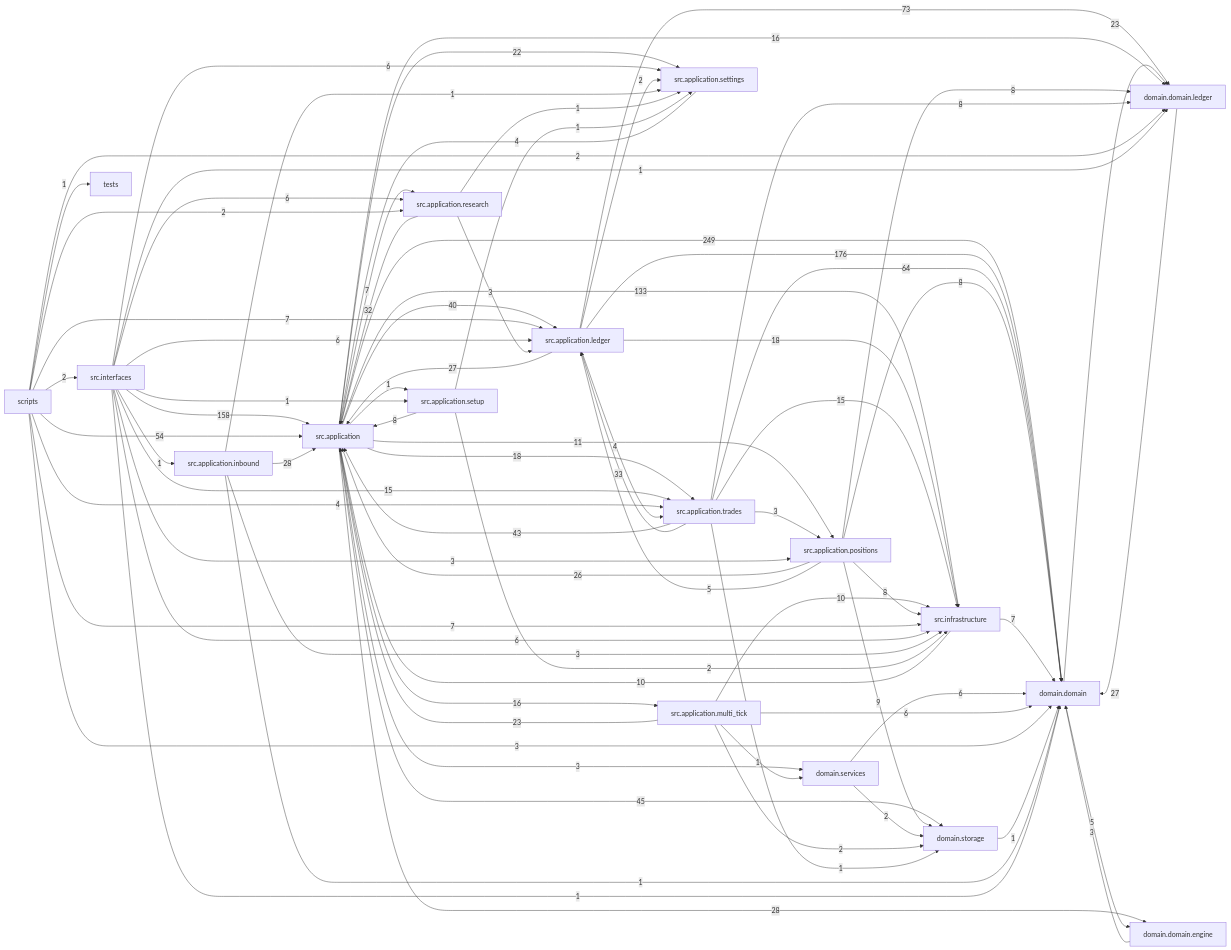
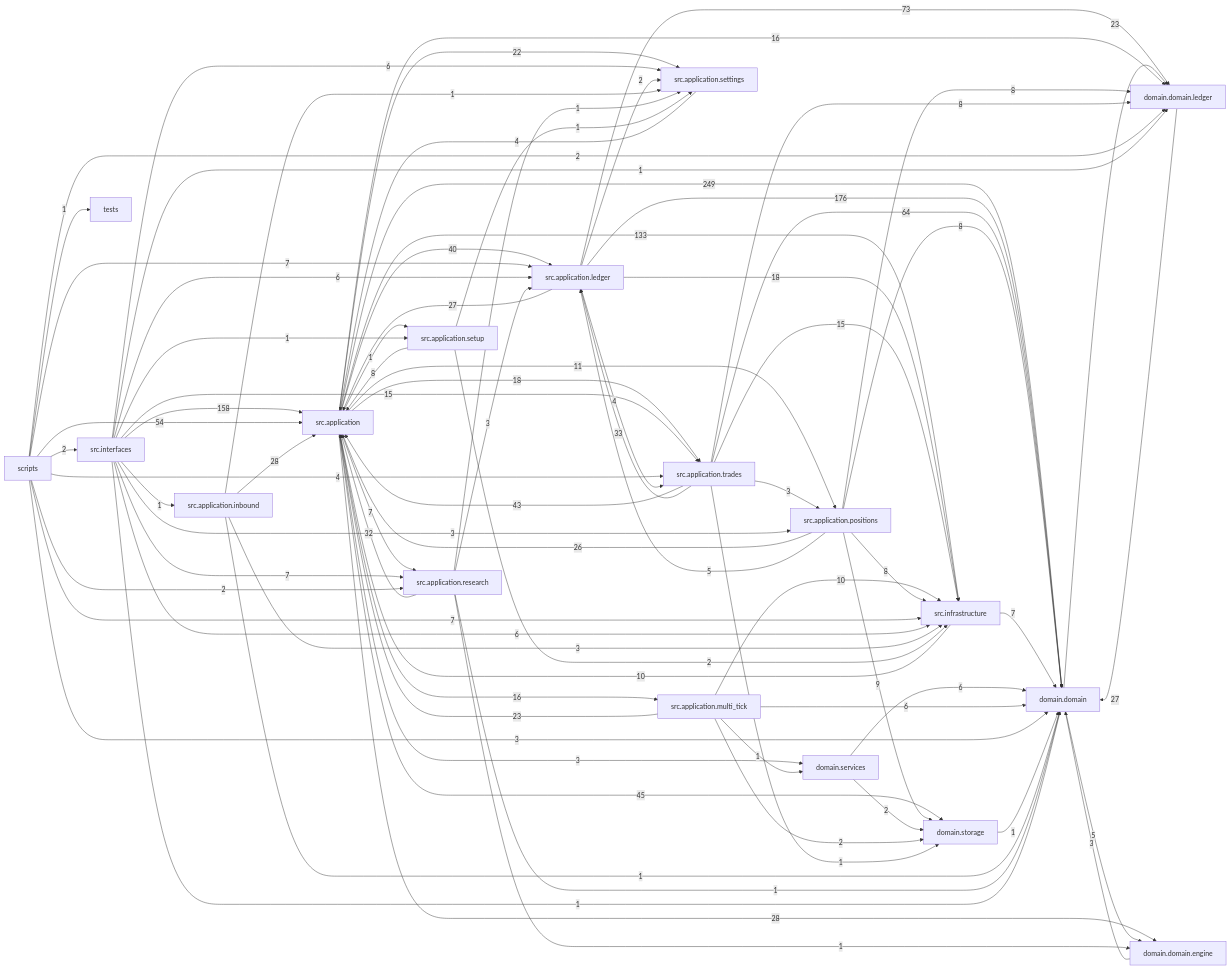
Before and after one commit to liuxie066/options-monitor: the diagram in docs/dependency_graph.mmd, drawn with Mermaid. The commit also changed 12 other files, not shown here.

```diff
--- a/docs/dependency_graph.mmd
+++ b/docs/dependency_graph.mmd
@@ -1,78 +1,80 @@
 flowchart LR
   src_application["src.application"] -->|249| domain_domain["domain.domain"]
   src_application_ledger["src.application.ledger"] -->|176| domain_domain["domain.domain"]
   src_interfaces["src.interfaces"] -->|158| src_application["src.application"]
   src_application["src.application"] -->|133| src_infrastructure["src.infrastructure"]
   src_application_ledger["src.application.ledger"] -->|73| domain_domain_ledger["domain.domain.ledger"]
   src_application_trades["src.application.trades"] -->|64| domain_domain["domain.domain"]
   scripts["scripts"] -->|54| src_application["src.application"]
   src_application["src.application"] -->|45| domain_storage["domain.storage"]
   src_application_trades["src.application.trades"] -->|43| src_application["src.application"]
   src_application["src.application"] -->|40| src_application_ledger["src.application.ledger"]
   src_application_trades["src.application.trades"] -->|33| src_application_ledger["src.application.ledger"]
   src_application_research["src.application.research"] -->|32| src_application["src.application"]
   src_application["src.application"] -->|28| domain_domain_engine["domain.domain.engine"]
   src_application_inbound["src.application.inbound"] -->|28| src_application["src.application"]
   domain_domain_ledger["domain.domain.ledger"] -->|27| domain_domain["domain.domain"]
   src_application_ledger["src.application.ledger"] -->|27| src_application["src.application"]
   src_application_positions["src.application.positions"] -->|26| src_application["src.application"]
   domain_domain["domain.domain"] -->|23| domain_domain_ledger["domain.domain.ledger"]
   src_application_multi_tick["src.application.multi_tick"] -->|23| src_application["src.application"]
   src_application["src.application"] -->|22| src_application_settings["src.application.settings"]
   src_application["src.application"] -->|18| src_application_trades["src.application.trades"]
   src_application_ledger["src.application.ledger"] -->|18| src_infrastructure["src.infrastructure"]
   src_application["src.application"] -->|16| domain_domain_ledger["domain.domain.ledger"]
   src_application["src.application"] -->|16| src_application_multi_tick["src.application.multi_tick"]
   src_application_trades["src.application.trades"] -->|15| src_infrastructure["src.infrastructure"]
   src_interfaces["src.interfaces"] -->|15| src_application_trades["src.application.trades"]
   src_application["src.application"] -->|11| src_application_positions["src.application.positions"]
   src_application_multi_tick["src.application.multi_tick"] -->|10| src_infrastructure["src.infrastructure"]
   src_infrastructure["src.infrastructure"] -->|10| src_application["src.application"]
   src_application_positions["src.application.positions"] -->|9| domain_storage["domain.storage"]
   src_application_positions["src.application.positions"] -->|8| domain_domain["domain.domain"]
   src_application_positions["src.application.positions"] -->|8| domain_domain_ledger["domain.domain.ledger"]
   src_application_positions["src.application.positions"] -->|8| src_infrastructure["src.infrastructure"]
   src_application_setup["src.application.setup"] -->|8| src_application["src.application"]
   src_application_trades["src.application.trades"] -->|8| domain_domain_ledger["domain.domain.ledger"]
   scripts["scripts"] -->|7| src_application_ledger["src.application.ledger"]
   scripts["scripts"] -->|7| src_infrastructure["src.infrastructure"]
   src_application["src.application"] -->|7| src_application_research["src.application.research"]
   src_infrastructure["src.infrastructure"] -->|7| domain_domain["domain.domain"]
+  src_interfaces["src.interfaces"] -->|7| src_application_research["src.application.research"]
   domain_services["domain.services"] -->|6| domain_domain["domain.domain"]
   src_application_multi_tick["src.application.multi_tick"] -->|6| domain_domain["domain.domain"]
   src_interfaces["src.interfaces"] -->|6| src_application_ledger["src.application.ledger"]
-  src_interfaces["src.interfaces"] -->|6| src_application_research["src.application.research"]
   src_interfaces["src.interfaces"] -->|6| src_application_settings["src.application.settings"]
   src_interfaces["src.interfaces"] -->|6| src_infrastructure["src.infrastructure"]
   domain_domain["domain.domain"] -->|5| domain_domain_engine["domain.domain.engine"]
   src_application_positions["src.application.positions"] -->|5| src_application_ledger["src.application.ledger"]
   scripts["scripts"] -->|4| src_application_trades["src.application.trades"]
   src_application_ledger["src.application.ledger"] -->|4| src_application_trades["src.application.trades"]
   src_application_settings["src.application.settings"] -->|4| src_application["src.application"]
   domain_domain_engine["domain.domain.engine"] -->|3| domain_domain["domain.domain"]
   scripts["scripts"] -->|3| domain_domain["domain.domain"]
   src_application["src.application"] -->|3| domain_services["domain.services"]
   src_application_inbound["src.application.inbound"] -->|3| src_infrastructure["src.infrastructure"]
   src_application_research["src.application.research"] -->|3| src_application_ledger["src.application.ledger"]
   src_application_trades["src.application.trades"] -->|3| src_application_positions["src.application.positions"]
   src_interfaces["src.interfaces"] -->|3| src_application_positions["src.application.positions"]
   domain_services["domain.services"] -->|2| domain_storage["domain.storage"]
   scripts["scripts"] -->|2| domain_domain_ledger["domain.domain.ledger"]
   scripts["scripts"] -->|2| src_application_research["src.application.research"]
   scripts["scripts"] -->|2| src_interfaces["src.interfaces"]
   src_application_ledger["src.application.ledger"] -->|2| src_application_settings["src.application.settings"]
   src_application_multi_tick["src.application.multi_tick"] -->|2| domain_storage["domain.storage"]
   src_application_setup["src.application.setup"] -->|2| src_infrastructure["src.infrastructure"]
   domain_storage["domain.storage"] -->|1| domain_domain["domain.domain"]
   scripts["scripts"] -->|1| tests["tests"]
   src_application["src.application"] -->|1| src_application_setup["src.application.setup"]
   src_application_inbound["src.application.inbound"] -->|1| domain_domain["domain.domain"]
   src_application_inbound["src.application.inbound"] -->|1| src_application_settings["src.application.settings"]
   src_application_multi_tick["src.application.multi_tick"] -->|1| domain_services["domain.services"]
+  src_application_research["src.application.research"] -->|1| domain_domain["domain.domain"]
+  src_application_research["src.application.research"] -->|1| domain_domain_engine["domain.domain.engine"]
   src_application_research["src.application.research"] -->|1| src_application_settings["src.application.settings"]
   src_application_setup["src.application.setup"] -->|1| src_application_settings["src.application.settings"]
   src_application_trades["src.application.trades"] -->|1| domain_storage["domain.storage"]
   src_interfaces["src.interfaces"] -->|1| domain_domain["domain.domain"]
   src_interfaces["src.interfaces"] -->|1| domain_domain_ledger["domain.domain.ledger"]
   src_interfaces["src.interfaces"] -->|1| src_application_inbound["src.application.inbound"]
   src_interfaces["src.interfaces"] -->|1| src_application_setup["src.application.setup"]
```
